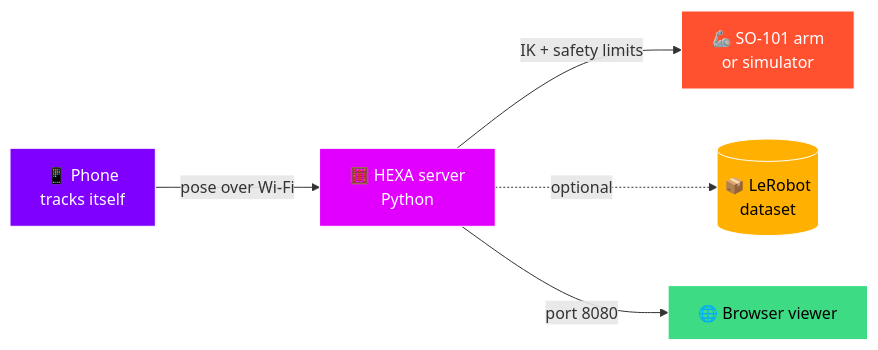
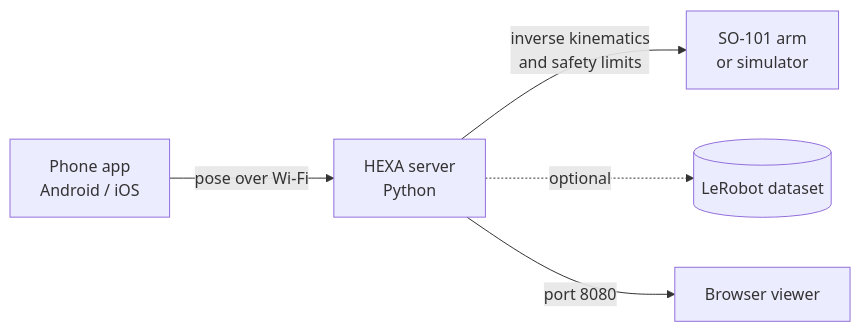
The diagram in README.md (amlikhitha333/Hexa666), drawn with Mermaid before and after one commit. The commit also changed other lines of this file, not shown here.

````diff
--- a/README.md
+++ b/README.md
@@ -54,12 +49,7 @@
 ```mermaid
 flowchart LR
-    A["📱 Phone<br>tracks itself"] -->|"pose over Wi-Fi"| B["🧮 HEXA server<br>Python"]
-    B -->|"IK + safety limits"| C["🦾 SO-101 arm<br>or simulator"]
-    B -.->|"optional"| D[("📦 LeRobot<br>dataset")]
-    B -->|"port 8080"| E["🌐 Browser viewer"]
-    style A fill:#7F00FF,color:#fff,stroke:#fff
-    style B fill:#E100FF,color:#fff,stroke:#fff
-    style C fill:#FF512F,color:#fff,stroke:#fff
-    style D fill:#FFB000,color:#000,stroke:#fff
-    style E fill:#3DDC84,color:#000,stroke:#fff
+    A[Phone app<br>Android / iOS] -->|pose over Wi-Fi| B[HEXA server<br>Python]
+    B -->|inverse kinematics<br>and safety limits| C[SO-101 arm<br>or simulator]
+    B -.->|optional| D[(LeRobot dataset)]
+    B -->|port 8080| E[Browser viewer]
 ```
````
